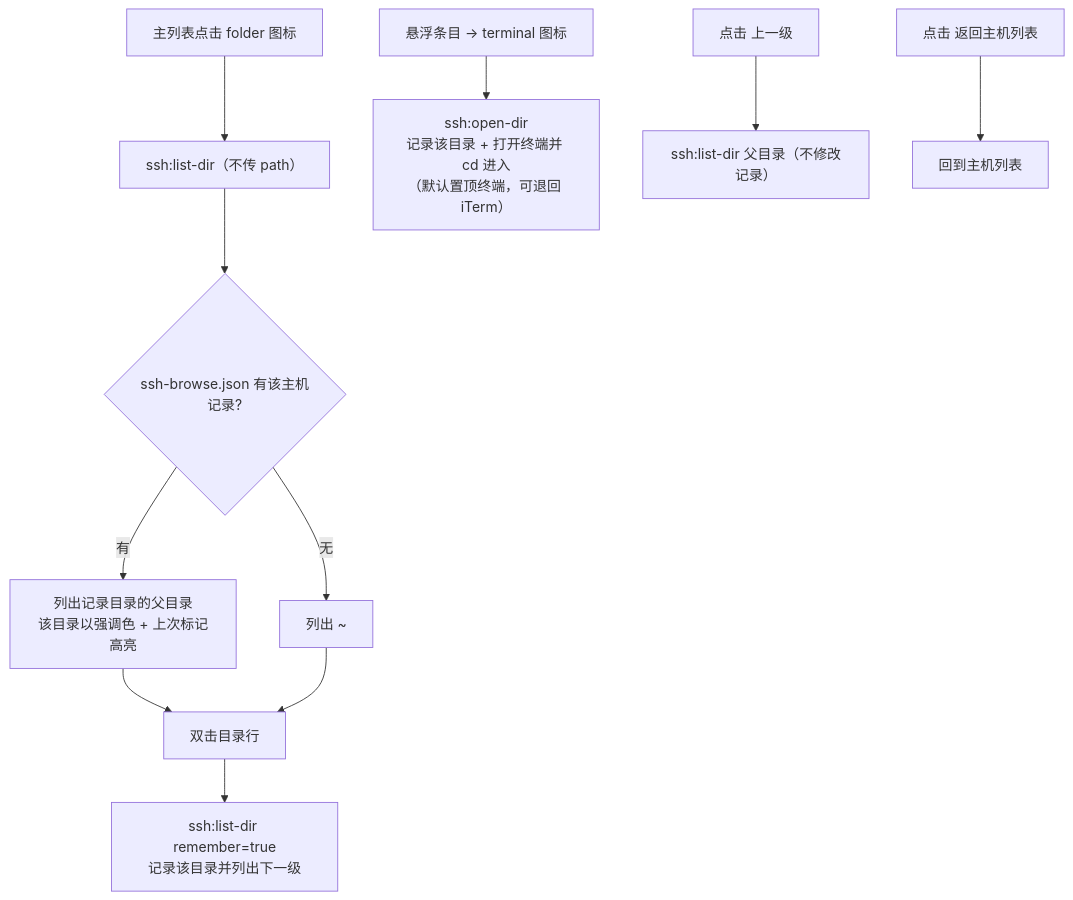
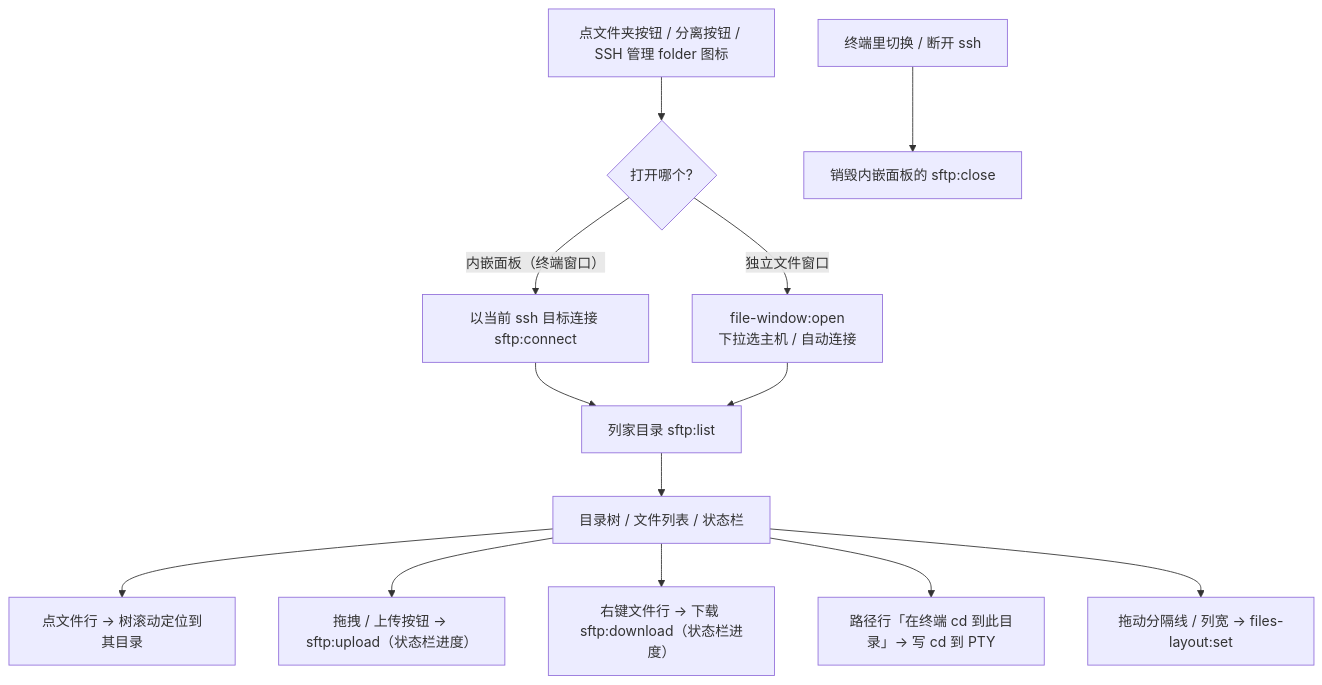
One commit to o8x/ships changed the fifth of 5 diagrams in docs/PRD.md. Above: the diagram before and after it, drawn with Mermaid. The commit also changed other lines of this file and 35 other files, not shown here.

First line of the commit message:
feat: add SFTP file manager, multi-window terminals and appearance toggle

````diff
--- a/docs/PRD.md
+++ b/docs/PRD.md
@@ -426,13 +450,15 @@
 ```mermaid
 flowchart TD
-  A[主列表点击 folder 图标] --> B["ssh:list-dir（不传 path）"]
-  B --> C{ssh-browse.json 有该主机记录?}
-  C -- 有 --> D[列出记录目录的父目录<br/>该目录以强调色 + 上次标记高亮]
-  C -- 无 --> E[列出 ~]
-  D --> F[双击目录行]
-  E --> F
-  F --> G["ssh:list-dir remember=true<br/>记录该目录并列出下一级"]
-  H[悬浮条目 → terminal 图标] --> I["ssh:open-dir<br/>记录该目录 + 打开终端并 cd 进入<br/>（默认置顶终端，可退回 iTerm）"]
-  J[点击 上一级] --> K["ssh:list-dir 父目录（不修改记录）"]
-  L[点击 返回主机列表] --> M[回到主机列表]
+  A[点文件夹按钮 / 分离按钮 / SSH 管理 folder 图标] --> B{打开哪个?}
+  B -- 内嵌面板（终端窗口） --> C[以当前 ssh 目标连接 sftp:connect]
+  B -- 独立文件窗口 --> D[file-window:open<br/>下拉选主机 / 自动连接]
+  C --> E[列家目录 sftp:list]
+  D --> E
+  E --> F[目录树 / 文件列表 / 状态栏]
+  F --> G[点文件行 → 树滚动定位到其目录]
+  F --> H[拖拽 / 上传按钮 → sftp:upload（状态栏进度）]
+  F --> I[右键文件行 → 下载 sftp:download（状态栏进度）]
+  F --> J[路径行「在终端 cd 到此目录」→ 写 cd 到 PTY]
+  F --> K[拖动分隔线 / 列宽 → files-layout:set]
+  L[终端里切换 / 断开 ssh] --> M[销毁内嵌面板的 sftp:close]
 ```
````
